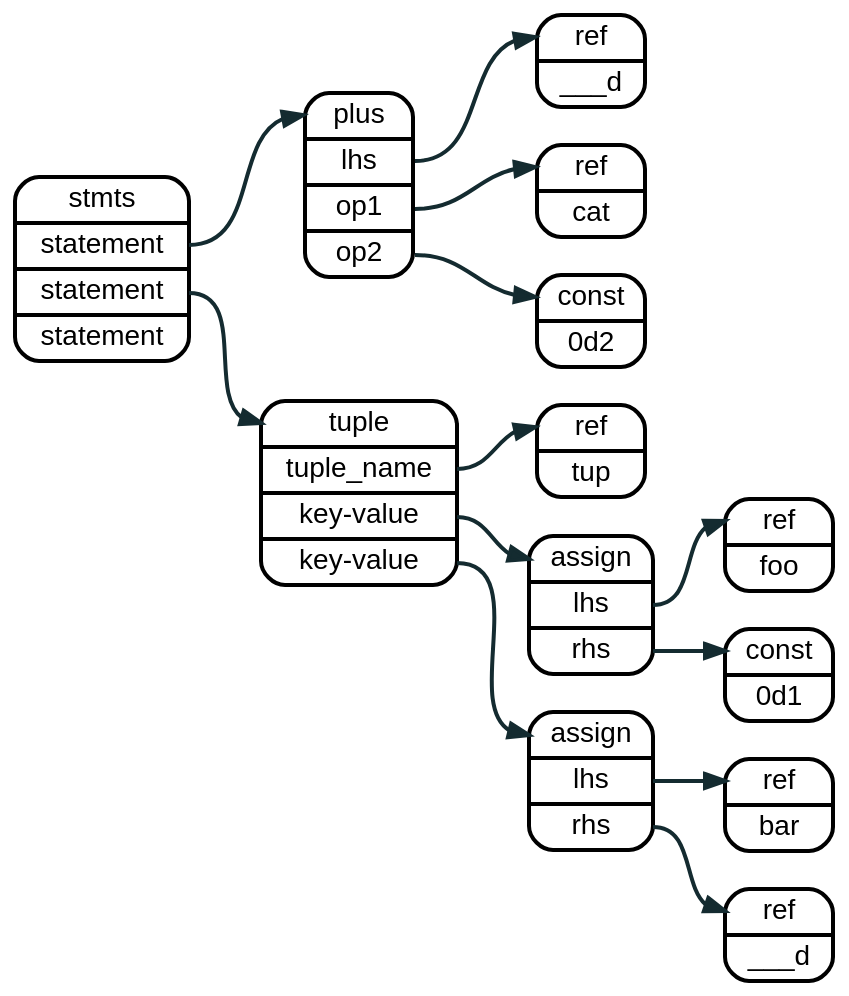
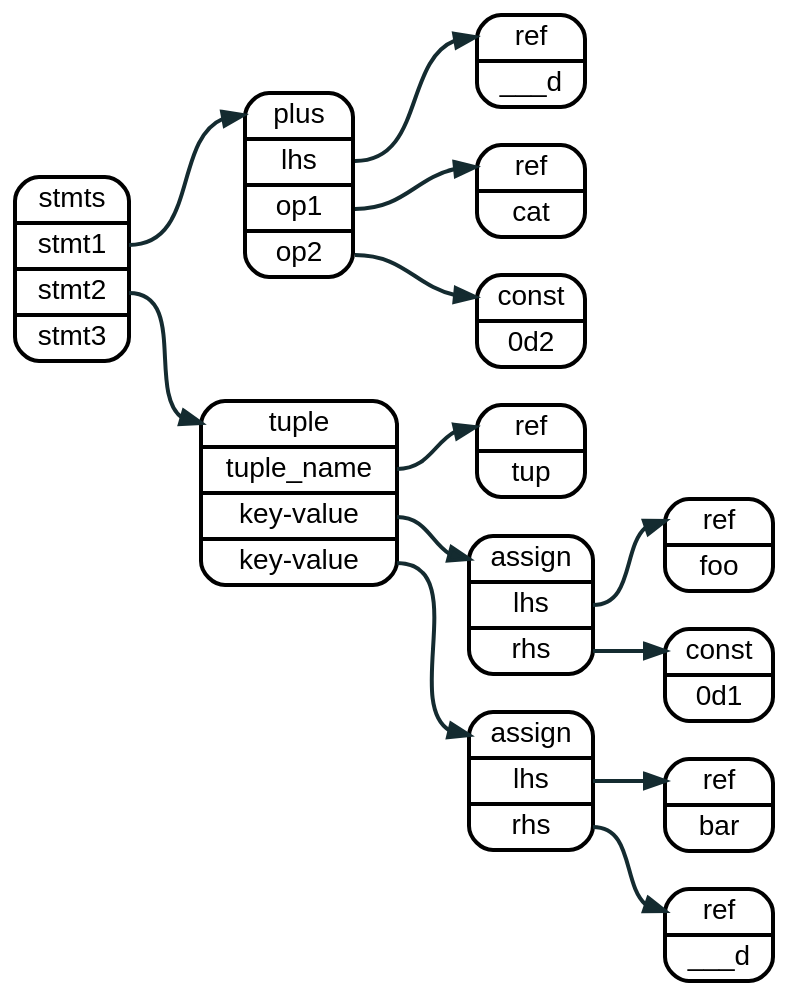
Before and after one commit to sakshi15108/lnast-doc: the diagram in source/graphviz/tuple.dot, drawn with Graphviz. The commit also changed 29 other files, not shown here.

```diff
--- a/source/graphviz/tuple.dot
+++ b/source/graphviz/tuple.dot
@@ -1,51 +1,49 @@
 digraph assign {
   rankdir=LR
   bgcolor="transparent"
 
   node  [fontname = "helvetica", shape=record, style="rounded", penwidth = 2];
   edge  [fontname = "helvetica", color="#142b30", arrowhead="normal", penwidth = 2];
   graph [fontname = "helvetica"];
 
-  
-
-  node_0 [label = "<a> stmts | <s1> statement | <s2> statement | <s3> statement"];
+  node_0 [label = "<a> stmts | <s1> stmt1 | <s2> stmt2 | <s3> stmt3"];
 
   node_5 [label = "<a> plus | <l> lhs | <r1> op1 | <r2> op2 "];
   node_6 [label = "<a> ref   | <l> ___d"];
   node_7 [label = "<a> ref   | <l> cat"];
   node_8 [label = "<a> const   | <l> 0d2"];
 
   node_1 [label = "<a> tuple   | <n> tuple_name | <kv1> key-value | <kv2> key-value"]
   node_1_1 [label = "<a> ref   | <l> tup"];
 
   node_2 [label = "<a> assign | <l> lhs  | <r> rhs"];
   node_3 [label = "<a> ref   | <l> foo"];
   node_4 [label = "<a> const | <l> 0d1"];
 
   node_9 [label = "<a> assign | <l> lhs  | <r> rhs"];
   node_a [label = "<a> ref    | <l> bar"];
   node_b [label = "<a> ref    | <l> ___d"];
 
 
   node_0:s1  -> node_5:a
   node_0:s2  -> node_1:a;
   
 
   node_5:l  -> node_6:a;
   node_5:r1 -> node_7:a;
   node_5:r2 -> node_8:a;
 
 
   node_1:n  -> node_1_1:a;
   node_1:kv1 -> node_2:a;
   node_1:kv2 -> node_9:a;
 
   node_2:l -> node_3:a;
   node_2:r -> node_4:a;
   
   
   node_9:l -> node_a:a;
   node_9:r -> node_b:a;
 
 
 }
```
